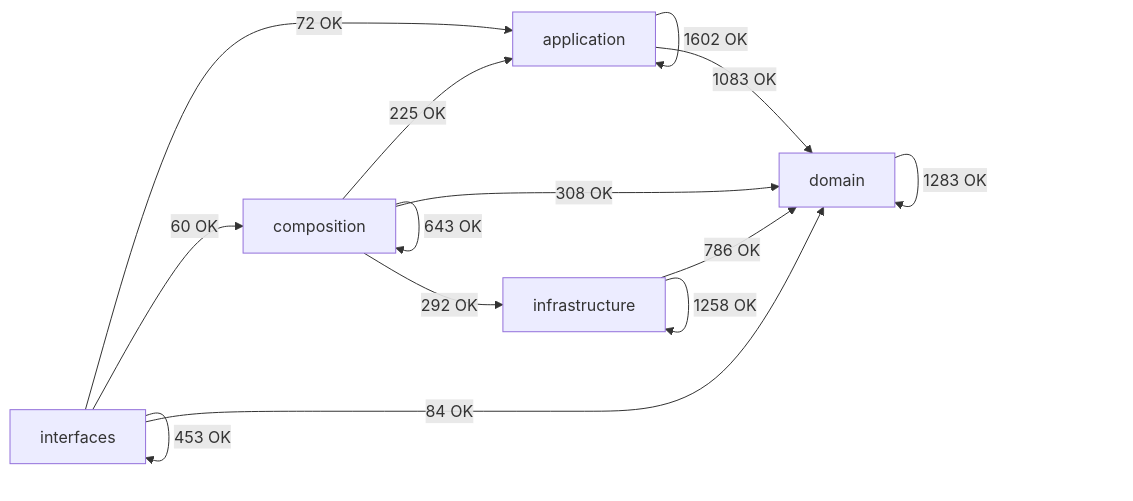
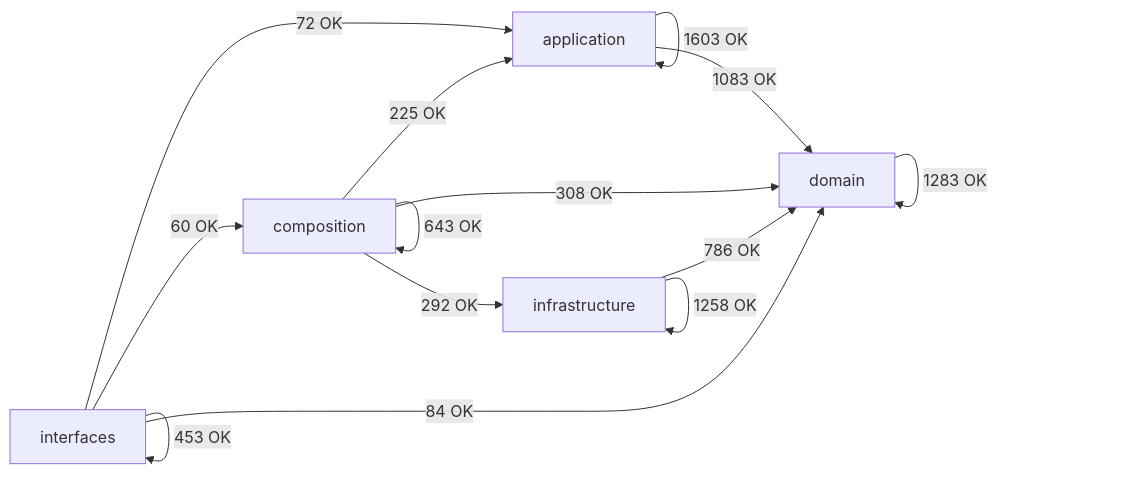
One commit to SatoryKono/BioactivityDataAcquisition changed the diagram in docs/02-architecture/generated/module-dependency-map.md. Above: the diagram before and after it, drawn with Mermaid. The commit also changed other lines of this file and 50 other files, not shown here.

````diff
--- a/docs/02-architecture/generated/module-dependency-map.md
+++ b/docs/02-architecture/generated/module-dependency-map.md
@@ -17,21 +17,21 @@
 ```mermaid
 flowchart LR
     domain[domain]
     application[application]
     infrastructure[infrastructure]
     composition[composition]
     interfaces[interfaces]
-    application -->|1602 OK| application
+    application -->|1603 OK| application
     application -->|1083 OK| domain
     composition -->|225 OK| application
     composition -->|643 OK| composition
     composition -->|308 OK| domain
     composition -->|292 OK| infrastructure
     domain -->|1283 OK| domain
     infrastructure -->|786 OK| domain
     infrastructure -->|1258 OK| infrastructure
     interfaces -->|72 OK| application
     interfaces -->|60 OK| composition
     interfaces -->|84 OK| domain
     interfaces -->|453 OK| interfaces
 ```
````
